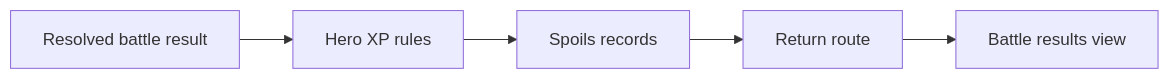
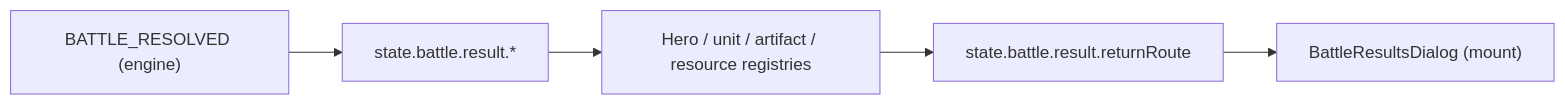
The second of 5 diagrams in docs/architecture/wiki/screens/39-battle-results/architecture.md (SunaNoOshiro/Heroes_Reforged_AI_Realms), drawn with Mermaid before and after one commit. The commit also changed other lines of this file and 518 other files, not shown here.

First line of the commit message:
Add doc-audit skill and sweep architecture/screen docs

````diff
--- a/docs/architecture/wiki/screens/39-battle-results/architecture.md
+++ b/docs/architecture/wiki/screens/39-battle-results/architecture.md
@@ -34,8 +35,7 @@
 ```mermaid
 flowchart LR
-  L0["Resolved battle result"] --> L1
-  L1["Hero XP rules"] --> L2
-  L2["Spoils records"] --> L3
-  L3["Return route"] --> L4
-  L4["Battle results view"]
+  L0["BATTLE_RESOLVED (engine)"] --> L1["state.battle.result.*"]
+  L1 --> L2["Hero / unit / artifact / resource registries"]
+  L2 --> L3["state.battle.result.returnRoute"]
+  L3 --> L4["BattleResultsDialog (mount)"]
 ```
````
